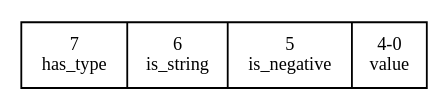
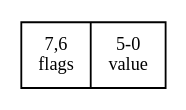
Before and after one commit to luaforge/lua-gtk: the diagram in lua-gtk/doc/en/architecture2.dot, drawn with Graphviz.

Commit message:
- update to show the format currently in use

```diff
--- a/lua-gtk/doc/en/architecture2.dot
+++ b/lua-gtk/doc/en/architecture2.dot
@@ -1,7 +1,12 @@
 
 // Layout of the first byte of constants
 
 digraph constants {
   node [ fontsize=10, fontname=vera ];
-  firstbyte [ shape=record, label="7\nhas_type|6\nis_string|5\nis_negative|4-0\nvalue" ];
+
+  // version 2:
+  firstbyte [ shape=record, label="7,6\nflags|5-0\nvalue" ];
+
+// version 1:
+//  firstbyte [ shape=record, label="7\nhas_type|6\nis_string|5\nis_negative|4-0\nvalue" ];
 }
```
